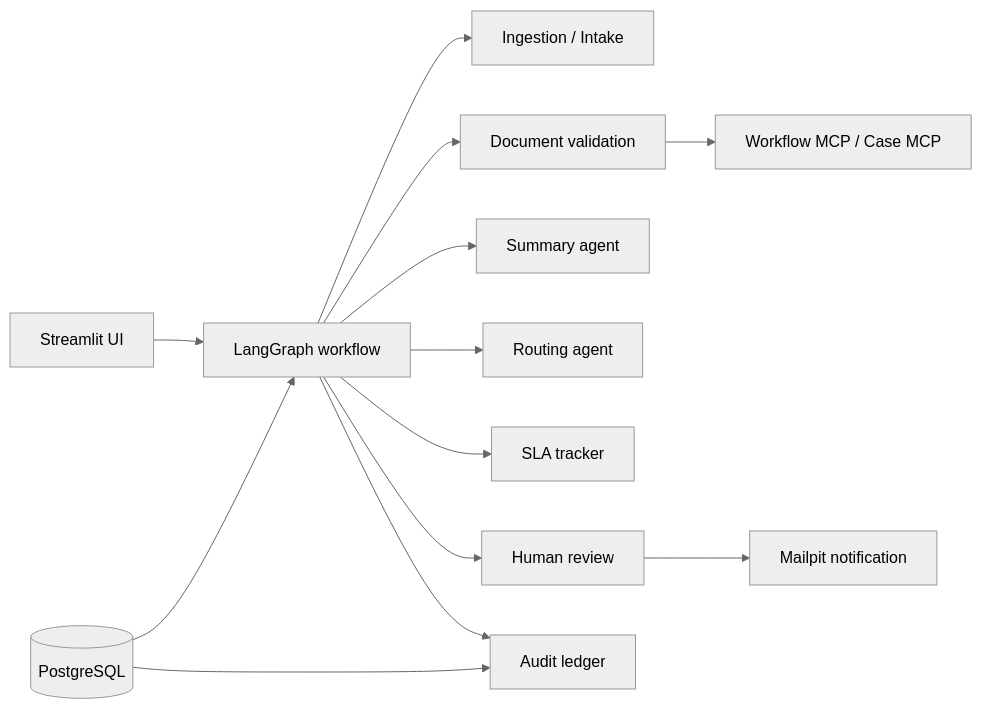
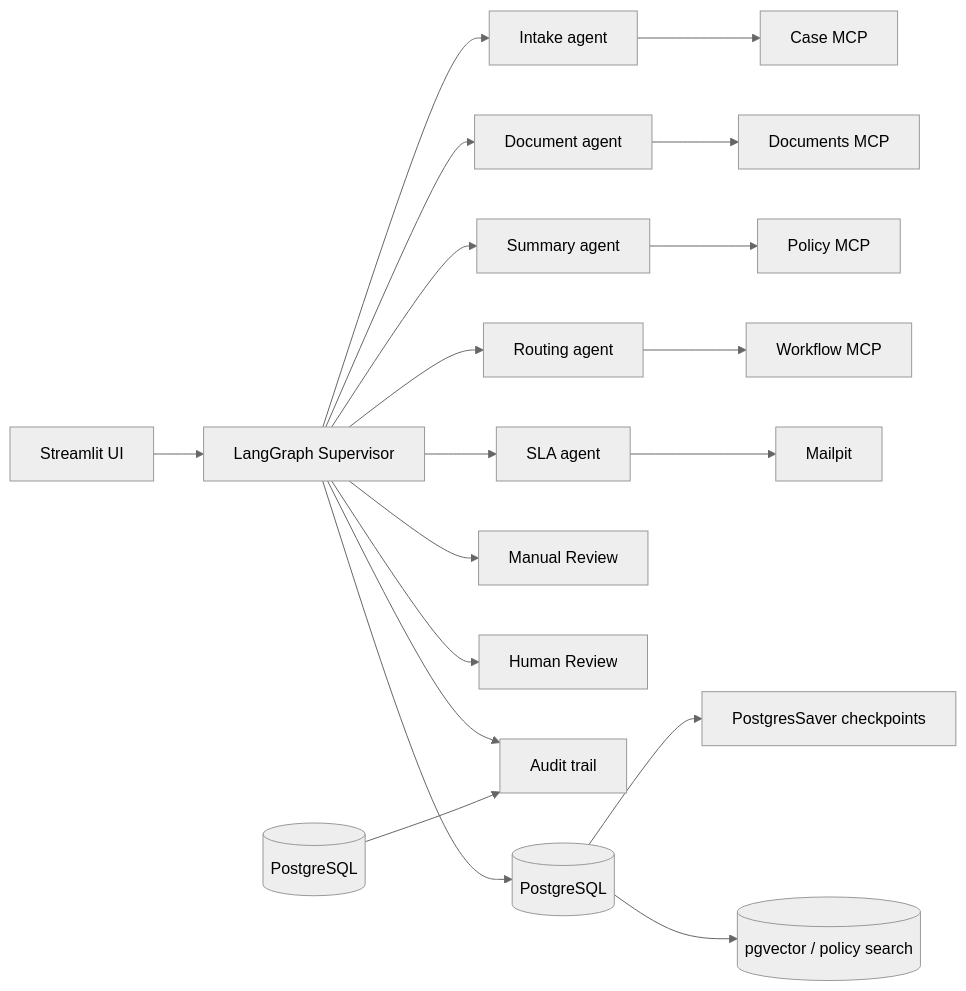
One commit to rakesh4u51/uhg-fde-capstone changed the diagram in README.md. Above: the diagram before and after it, drawn with Mermaid (neutral theme). The commit also changed other lines of this file and 57 other files, not shown here.

````diff
--- a/README.md
+++ b/README.md
@@ -7,15 +29,23 @@
 ```mermaid
 flowchart LR
-    UI[Streamlit UI] --> WF[LangGraph workflow]
-    WF --> INT[Ingestion / Intake]
-    WF --> DOC[Document validation]
-    WF --> SUM[Summary agent]
+    UI[Streamlit UI] --> WF[LangGraph Supervisor]
+    WF --> INTAKE[Intake agent]
+    WF --> DOC[Document agent]
+    WF --> SUMMARY[Summary agent]
     WF --> ROUTE[Routing agent]
-    WF --> SLA[SLA tracker]
-    WF --> HR[Human review]
-    WF --> AUDIT[Audit ledger]
-    DOC --> MCP[Workflow MCP / Case MCP]
-    HR --> MAIL[Mailpit notification]
+    WF --> SLA[SLA agent]
+    WF --> MR[Manual Review]
+    WF --> HR[Human Review]
+    WF --> AUDIT[Audit trail]
+
+    INTAKE --> CASEMCP[Case MCP]
+    DOC --> DOCMCP[Documents MCP]
+    SUMMARY --> POLICYMCP[Policy MCP]
+    ROUTE --> WORKFLOWMCP[Workflow MCP]
+    SLA --> MAILPIT[Mailpit]
+
+    WF --> PG[(PostgreSQL)]
+    PG --> CHECKPOINT[PostgresSaver checkpoints]
+    PG --> VEC[(pgvector / policy search)]
     DB[(PostgreSQL)] --> AUDIT
-    DB --> WF
 ```
````
